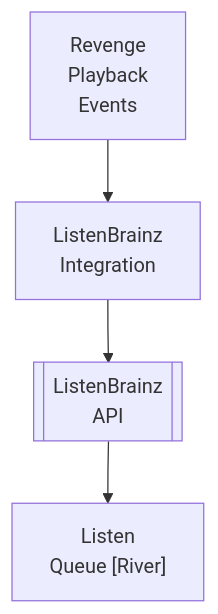
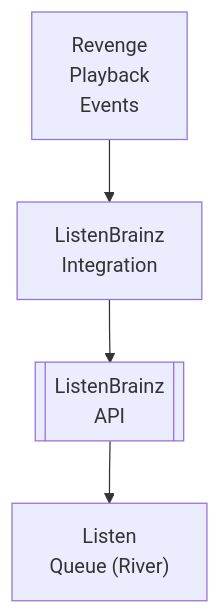
One commit to lusoris/revenge changed the diagram in docs/dev/design/integrations/scrobbling/LISTENBRAINZ.md. Above: the diagram before and after it, drawn with Mermaid. The commit also changed 210 other files, not shown here.

First line of the commit message:
fix(docs): Use quoted labels in Mermaid to preserve parentheses

````diff
--- a/docs/dev/design/integrations/scrobbling/LISTENBRAINZ.md
+++ b/docs/dev/design/integrations/scrobbling/LISTENBRAINZ.md
@@ -58,10 +58,10 @@
 ```mermaid
 flowchart TD
     node1["Revenge<br/>Playback<br/>Events"]
     node2["ListenBrainz<br/>Integration"]
-    node3[[ListenBrainz<br/>API]]
-    node4["Listen<br/>Queue [River]"]
+    node3[["ListenBrainz<br/>API"]]
+    node4["Listen<br/>Queue (River)"]
     node1 --> node2
     node2 --> node3
     node3 --> node4
 ```
````
